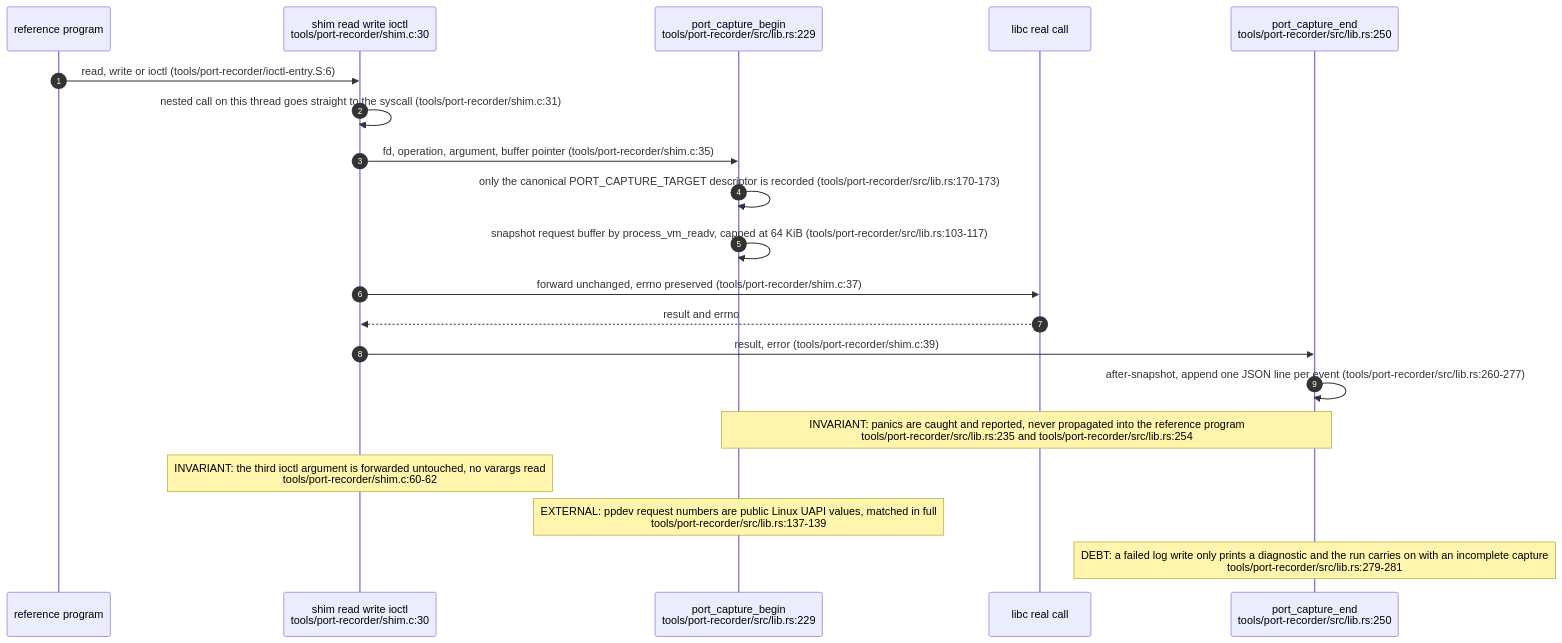
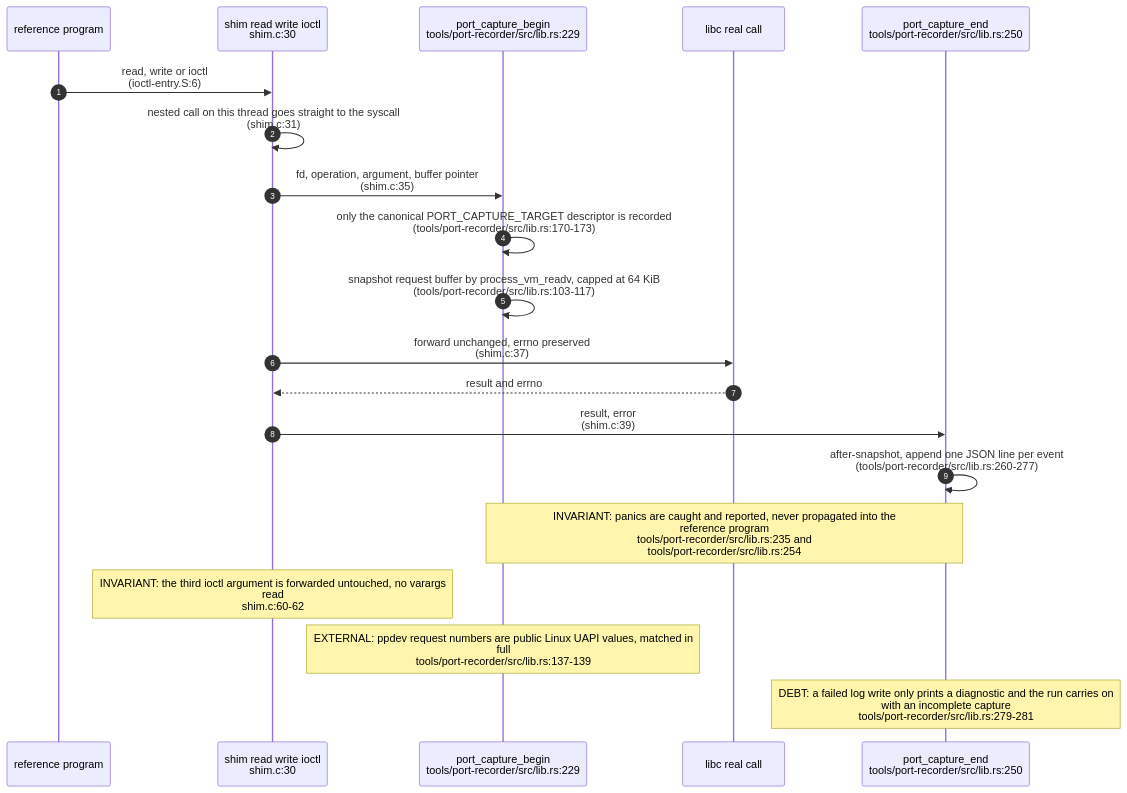
Before and after one commit to DreamLab-AI/VisionFlow: the second of 4 diagrams in docs/diagrams/visiontouch-rs/06-tools-and-evidence-path.md, drawn with Mermaid. The commit also changed other lines of this file and 27 other files, not shown here.

````diff
--- a/docs/diagrams/visiontouch-rs/06-tools-and-evidence-path.md
+++ b/docs/diagrams/visiontouch-rs/06-tools-and-evidence-path.md
@@ -61,22 +63,22 @@
 ```mermaid
 sequenceDiagram
     autonumber
     participant AP as reference program
-    participant SH as shim read write ioctl<br/>tools/port-recorder/shim.c:30
+    participant SH as shim read write ioctl<br/>shim.c:30
     participant BG as port_capture_begin<br/>tools/port-recorder/src/lib.rs:229
     participant LC as libc real call
     participant EN as port_capture_end<br/>tools/port-recorder/src/lib.rs:250
-    AP->>SH: read, write or ioctl (tools/port-recorder/ioctl-entry.S:6)
-    SH->>SH: nested call on this thread goes straight to the syscall (tools/port-recorder/shim.c:31)
-    SH->>BG: fd, operation, argument, buffer pointer (tools/port-recorder/shim.c:35)
-    BG->>BG: only the canonical PORT_CAPTURE_TARGET descriptor is recorded (tools/port-recorder/src/lib.rs:170-173)
-    BG->>BG: snapshot request buffer by process_vm_readv, capped at 64 KiB (tools/port-recorder/src/lib.rs:103-117)
-    SH->>LC: forward unchanged, errno preserved (tools/port-recorder/shim.c:37)
+    AP->>SH: read, write or ioctl<br/>(ioctl-entry.S:6)
+    SH->>SH: nested call on this thread goes straight to the syscall<br/>(shim.c:31)
+    SH->>BG: fd, operation, argument, buffer pointer<br/>(shim.c:35)
+    BG->>BG: only the canonical PORT_CAPTURE_TARGET descriptor is recorded<br/>(tools/port-recorder/src/lib.rs:170-173)
+    BG->>BG: snapshot request buffer by process_vm_readv, capped at 64 KiB<br/>(tools/port-recorder/src/lib.rs:103-117)
+    SH->>LC: forward unchanged, errno preserved<br/>(shim.c:37)
     LC-->>SH: result and errno
-    SH->>EN: result, error (tools/port-recorder/shim.c:39)
-    EN->>EN: after-snapshot, append one JSON line per event (tools/port-recorder/src/lib.rs:260-277)
-    Note over BG,EN: INVARIANT: panics are caught and reported, never propagated into the reference program<br/>tools/port-recorder/src/lib.rs:235 and tools/port-recorder/src/lib.rs:254
-    Note over SH: INVARIANT: the third ioctl argument is forwarded untouched, no varargs read<br/>tools/port-recorder/shim.c:60-62
-    Note over BG: EXTERNAL: ppdev request numbers are public Linux UAPI values, matched in full<br/>tools/port-recorder/src/lib.rs:137-139
-    Note over EN: DEBT: a failed log write only prints a diagnostic and the run carries on with an incomplete capture<br/>tools/port-recorder/src/lib.rs:279-281
+    SH->>EN: result, error<br/>(shim.c:39)
+    EN->>EN: after-snapshot, append one JSON line per event<br/>(tools/port-recorder/src/lib.rs:260-277)
+    Note over BG,EN: INVARIANT: panics are caught and reported, never propagated into the<br/>reference program<br/>tools/port-recorder/src/lib.rs:235 and<br/>tools/port-recorder/src/lib.rs:254
+    Note over SH: INVARIANT: the third ioctl argument is forwarded untouched, no varargs<br/>read<br/>shim.c:60-62
+    Note over BG: EXTERNAL: ppdev request numbers are public Linux UAPI values, matched in<br/>full<br/>tools/port-recorder/src/lib.rs:137-139
+    Note over EN: DEBT: a failed log write only prints a diagnostic and the run carries on<br/>with an incomplete capture<br/>tools/port-recorder/src/lib.rs:279-281
 ```
````
